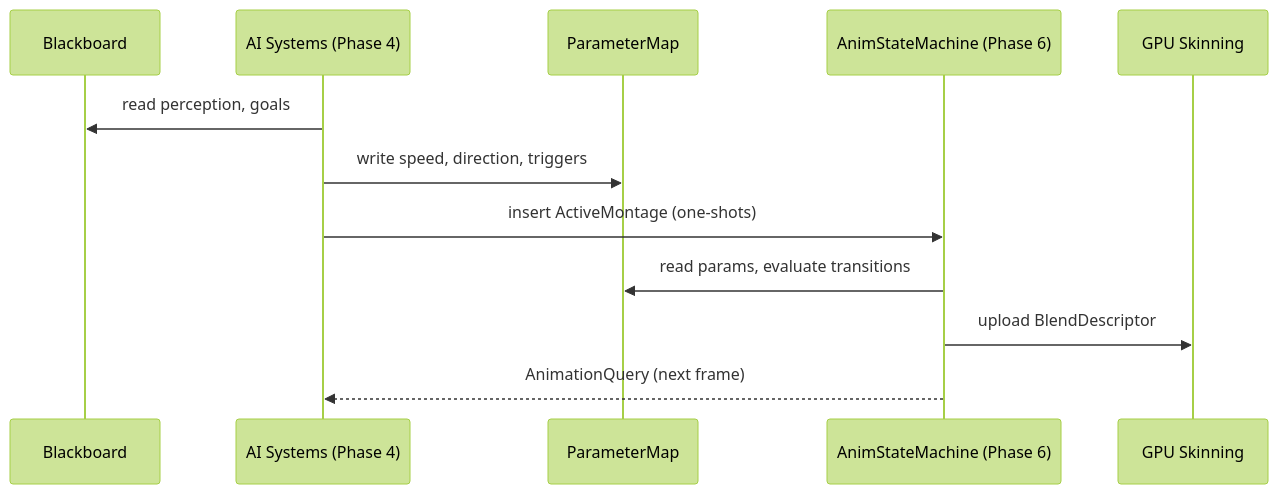
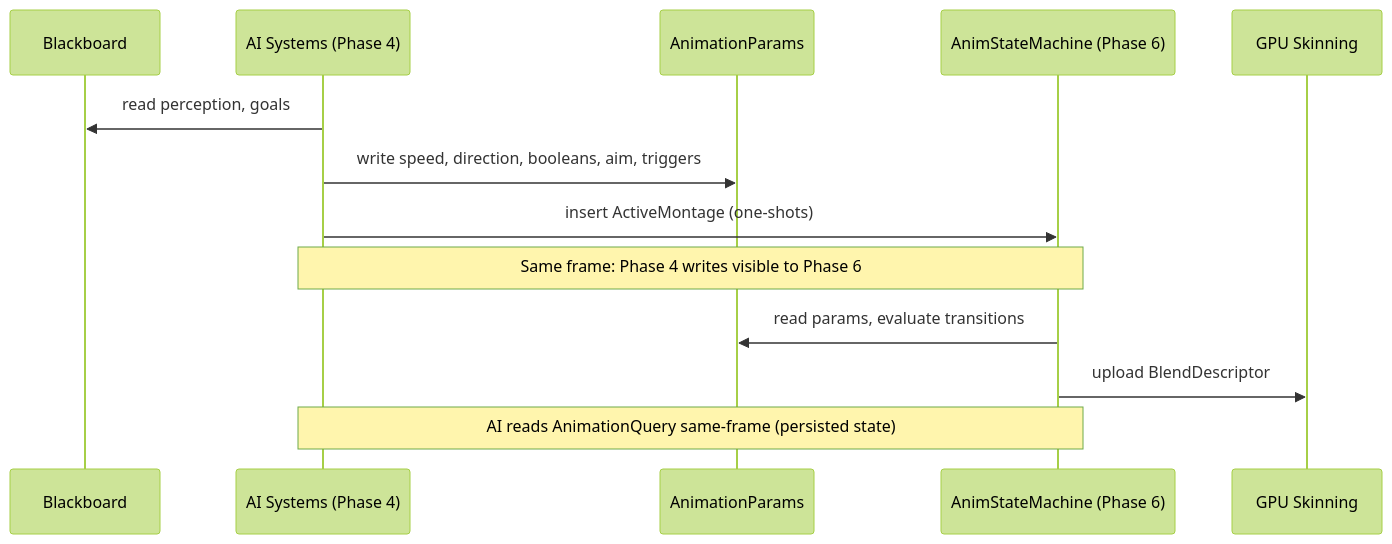
The second of 2 diagrams in docs/design/integration/ai-animation.md (harmonius-dev/harmonius), drawn with Mermaid (forest theme) before and after one commit. The commit also changed other lines of this file and 57 other files, not shown here.

````diff
--- a/docs/design/integration/ai-animation.md
+++ b/docs/design/integration/ai-animation.md
@@ -64,15 +182,16 @@
 ```mermaid
 sequenceDiagram
     participant BB as Blackboard
     participant AI as AI Systems (Phase 4)
-    participant PM as ParameterMap
+    participant AP as AnimationParams
     participant SM as AnimStateMachine (Phase 6)
     participant GPU as GPU Skinning
 
     AI->>BB: read perception, goals
-    AI->>PM: write speed, direction, triggers
+    AI->>AP: write speed, direction, booleans, aim, triggers
     AI->>SM: insert ActiveMontage (one-shots)
-    SM->>PM: read params, evaluate transitions
+    Note over AI,SM: Same frame: Phase 4 writes visible to Phase 6
+    SM->>AP: read params, evaluate transitions
     SM->>GPU: upload BlendDescriptor
-    SM-->>AI: AnimationQuery (next frame)
+    Note over AI,SM: AI reads AnimationQuery same-frame (persisted state)
 ```
````
